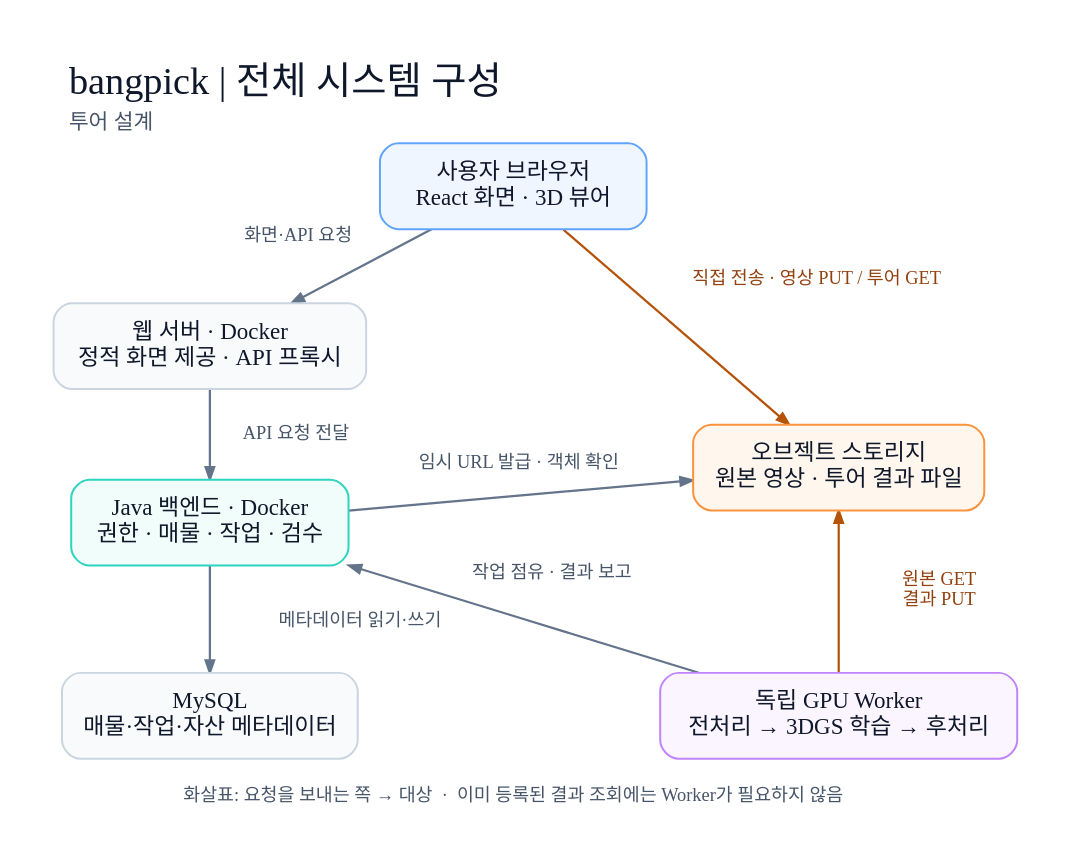
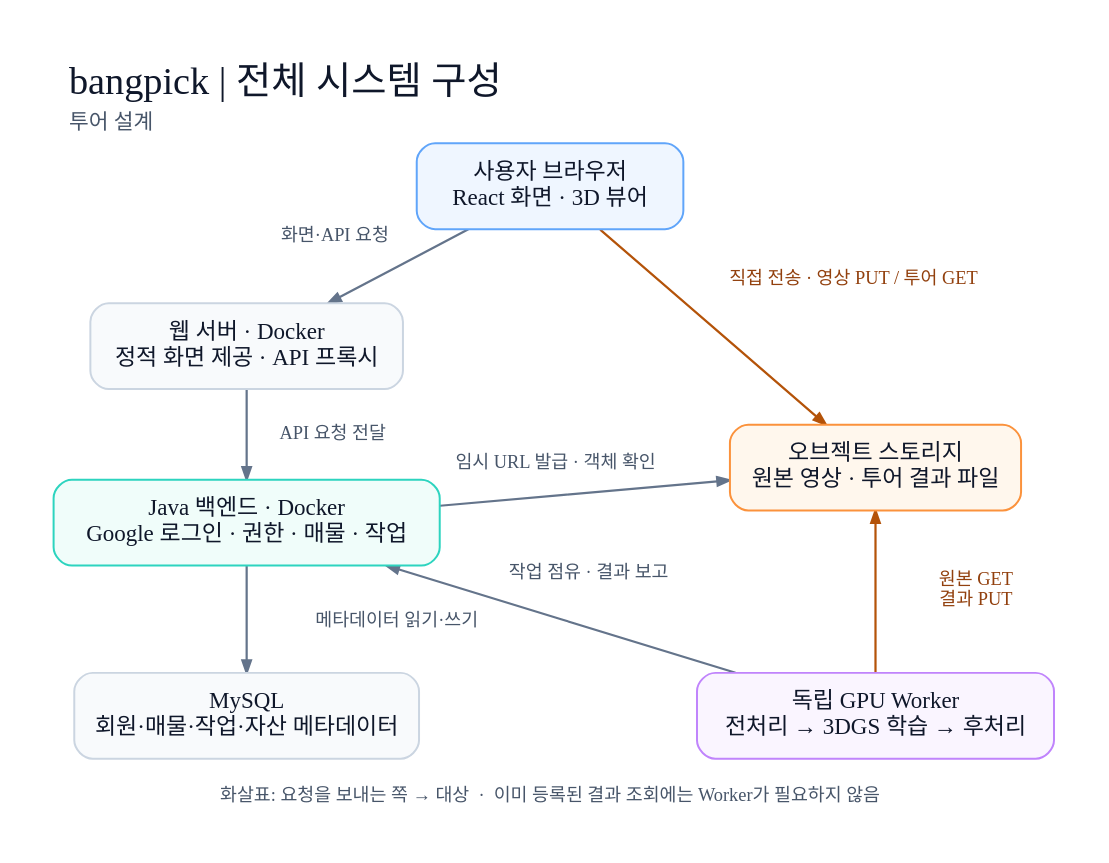
The diagram in docs/diagrams/system-overview.dot (Bang9634/bangpick), drawn with Graphviz before and after one commit. The commit also changed 7 other files, not shown here.

First line of the commit message:
docs: Google 로그인 설정과 회원 권한 흐름 문서화

```diff
--- a/docs/diagrams/system-overview.dot
+++ b/docs/diagrams/system-overview.dot
@@ -1,37 +1,37 @@
 digraph SystemOverview {
   graph [layout=neato, overlap=true, splines=line, outputorder=edgesfirst,
     bgcolor="white", pad=0.38, labelloc=t, labeljust=l, fontcolor="#0f172a",
     label=<<TABLE BORDER="0" CELLBORDER="0" CELLSPACING="0" CELLPADDING="2">
       <TR><TD ALIGN="LEFT"><FONT POINT-SIZE="25">bangpick | 전체 시스템 구성</FONT></TD></TR>
       <TR><TD ALIGN="LEFT"><FONT POINT-SIZE="14" COLOR="#475569">투어 설계</FONT></TD></TR>
     </TABLE>>];
   node [shape=box, style="rounded,filled", color="#cbd5e1", fillcolor="#f8fafc",
     fontcolor="#0f172a", fontsize=15, margin="0.22,0.15", penwidth=1.3];
   edge [color="#64748b", arrowsize=0.8, penwidth=1.45];
 
   browser [pos="4.9,5.8!", label="사용자 브라우저\nReact 화면 · 3D 뷰어", fillcolor="#eff6ff", color="#60a5fa"];
   web [pos="2.15,4.35!", label="웹 서버 · Docker\n정적 화면 제공 · API 프록시"];
-  backend [pos="2.15,2.75!", label="Java 백엔드 · Docker\n권한 · 매물 · 작업 · 검수", fillcolor="#f0fdfa", color="#2dd4bf"];
-  db [pos="2.15,1.0!", label="MySQL\n매물·작업·자산 메타데이터"];
+  backend [pos="2.15,2.75!", label="Java 백엔드 · Docker\nGoogle 로그인 · 권한 · 매물 · 작업", fillcolor="#f0fdfa", color="#2dd4bf"];
+  db [pos="2.15,1.0!", label="MySQL\n회원·매물·작업·자산 메타데이터"];
   storage [pos="7.85,3.25!", label="오브젝트 스토리지\n원본 영상 · 투어 결과 파일", fillcolor="#fff7ed", color="#fb923c"];
   worker [pos="7.85,1.0!", label="독립 GPU Worker\n전처리 → 3DGS 학습 → 후처리", fillcolor="#faf5ff", color="#c084fc"];
 
   browser -> web;
   web -> backend;
   backend -> db;
   backend -> storage;
   browser -> storage [color="#b45309"];
   worker -> backend;
   worker -> storage [color="#b45309"];
 
   node [shape=box, width=0, height=0, style=filled, fillcolor="white", color="white",
     fontcolor="#475569", margin="0.045,0.015", fontsize=12];
   browser_api [pos="2.95,5.35!", label="화면·API 요청"];
   front_direct [pos="7.65,4.96!", label="직접 전송 · 영상 PUT / 투어 GET", fontcolor="#92400e"];
   proxy [pos="2.93,3.55!", label="API 요청 전달"];
   db_access [pos="3.51,1.86!", label="메타데이터 읽기·쓰기"];
   storage_access [pos="4.95,3.29!", label="임시 URL 발급 · 객체 확인"];
   worker_report [pos="5.25,2.29!", label="작업 점유 · 결과 보고"];
   worker_direct [pos="8.76,2.14!", label="원본 GET\n결과 PUT", fontcolor="#92400e"];
   legend [pos="4.9,0.27!", label="화살표: 요청을 보내는 쪽 → 대상  ·  이미 등록된 결과 조회에는 Worker가 필요하지 않음"];
 }
```
